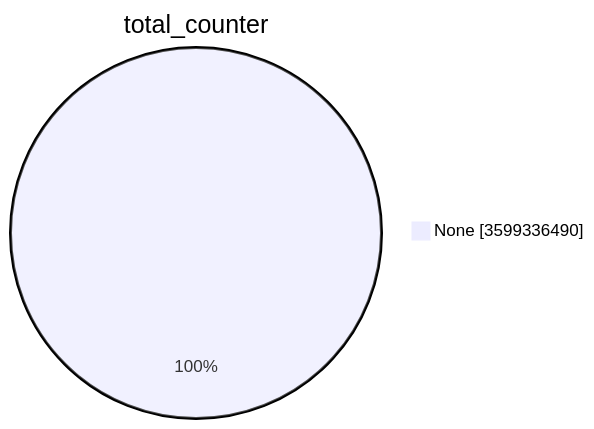
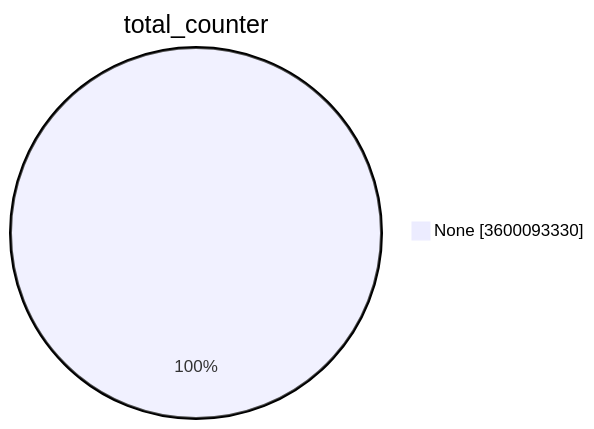
One commit to christiankrug/ctmonitor_visualization changed the first of 15 diagrams in TOTAL/README.md. Above: the diagram before and after it, drawn with Mermaid. The commit also changed other lines of this file, not shown here.

````diff
--- a/TOTAL/README.md
+++ b/TOTAL/README.md
@@ -1,5 +1,5 @@
 ```mermaid
 pie showData
 title total_counter
-"None" :3599336490
+"None" :3600093330
 ```
````
